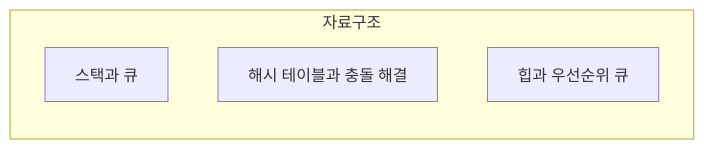
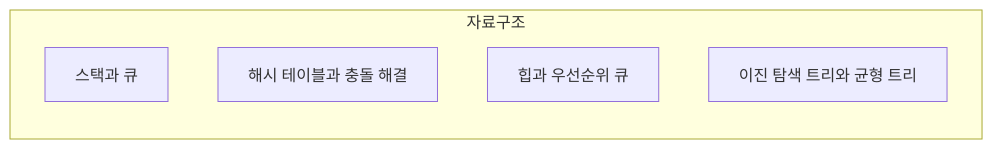
Before and after one commit to Jirunu/TodayToDo: the diagram in concepts.md, drawn with Mermaid. The commit also changed other lines of this file and 8 other files, not shown here.

````diff
--- a/concepts.md
+++ b/concepts.md
@@ -7,8 +7,9 @@
 ```mermaid
 graph LR
   subgraph s0 ["자료구조"]
     n0["스택과 큐"]
     n1["해시 테이블과 충돌 해결"]
     n2["힙과 우선순위 큐"]
+    n3["이진 탐색 트리와 균형 트리"]
   end
 ```
````
